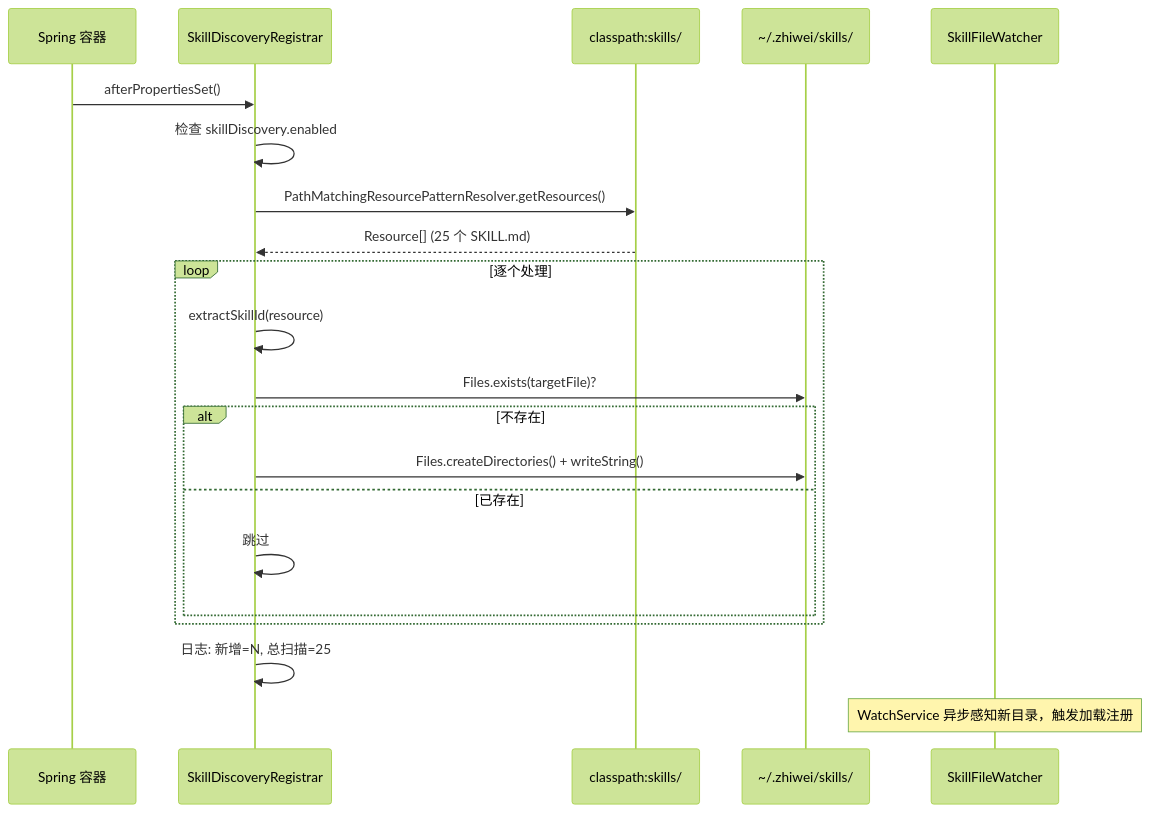
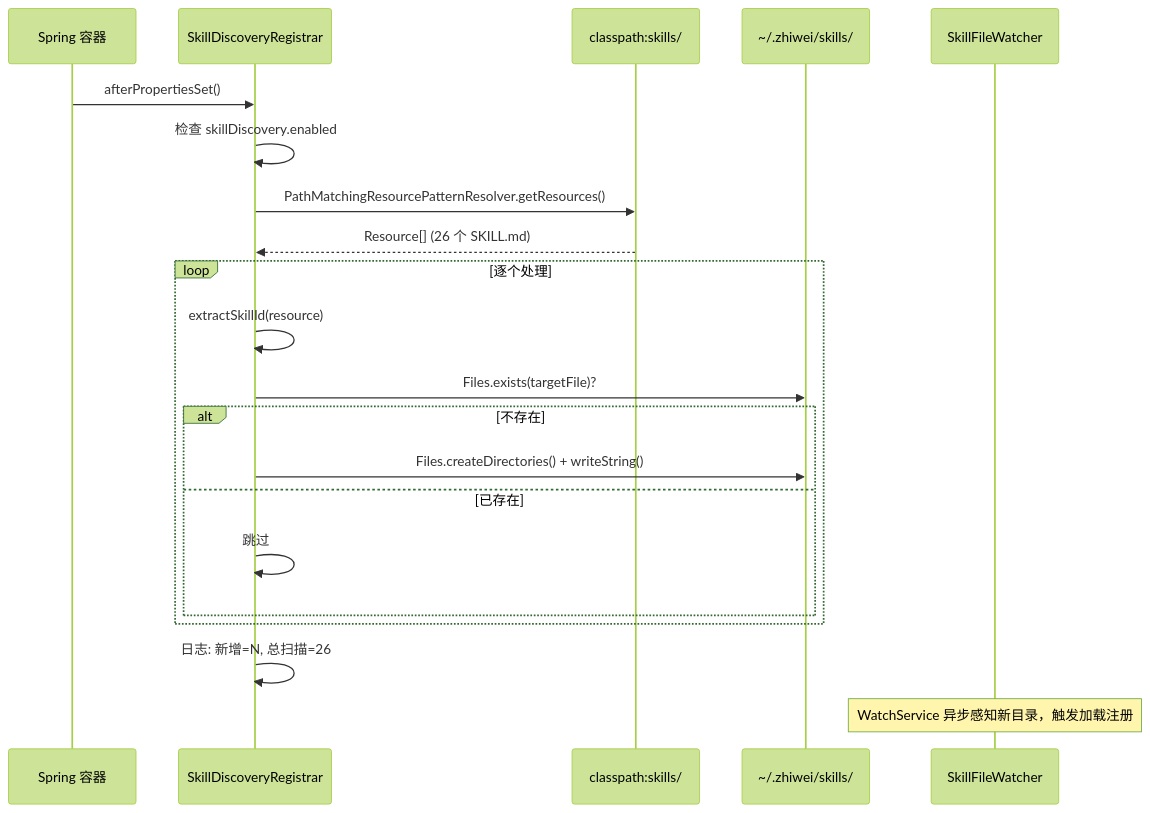
The second of 2 diagrams in docs/architecture/preset-skills.md (ntygod/LifePilot), drawn with Mermaid (forest theme) before and after one commit. The commit also changed other lines of this file and 211 other files, not shown here.

````diff
--- a/docs/architecture/preset-skills.md
+++ b/docs/architecture/preset-skills.md
@@ -111,24 +112,24 @@
 ```mermaid
 sequenceDiagram
     participant Spring as Spring 容器
     participant SDR as SkillDiscoveryRegistrar
     participant CP as classpath:skills/
     participant FS as ~/.zhiwei/skills/
     participant SFW as SkillFileWatcher
 
     Spring->>SDR: afterPropertiesSet()
     SDR->>SDR: 检查 skillDiscovery.enabled
     SDR->>CP: PathMatchingResourcePatternResolver.getResources()
-    CP-->>SDR: Resource[] (25 个 SKILL.md)
+    CP-->>SDR: Resource[] (26 个 SKILL.md)
     loop 逐个处理
         SDR->>SDR: extractSkillId(resource)
         SDR->>FS: Files.exists(targetFile)?
         alt 不存在
             SDR->>FS: Files.createDirectories() + writeString()
         else 已存在
             SDR->>SDR: 跳过
         end
     end
-    SDR->>SDR: 日志: 新增=N, 总扫描=25
+    SDR->>SDR: 日志: 新增=N, 总扫描=26
     Note over SFW: WatchService 异步感知新目录，触发加载注册
 ```
````
